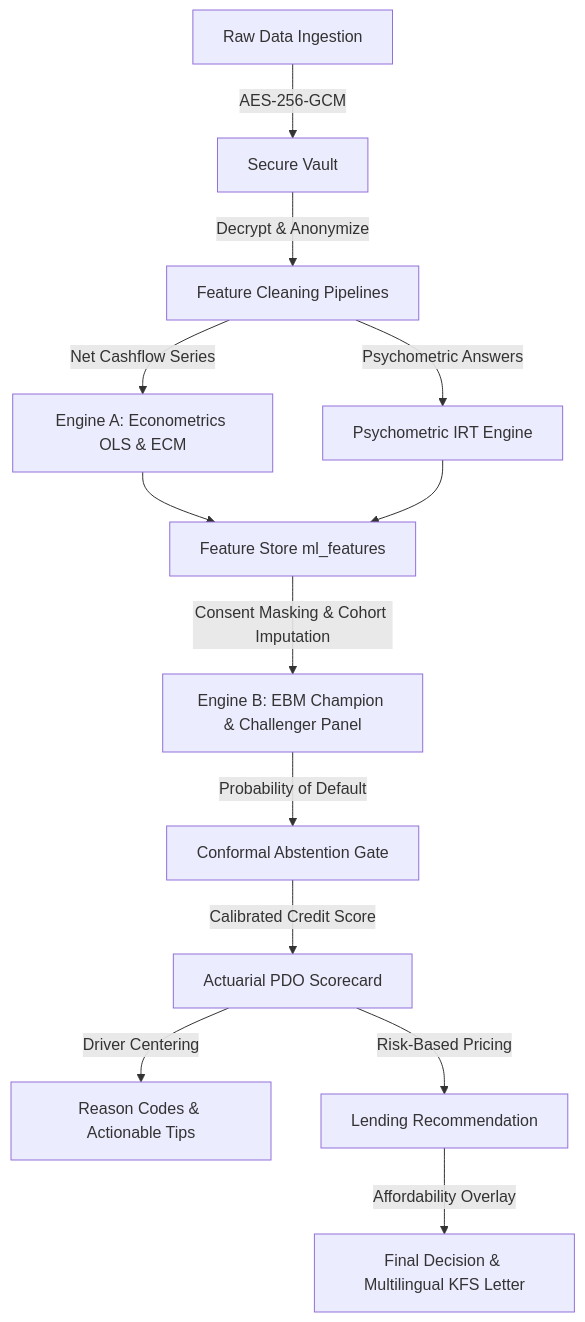
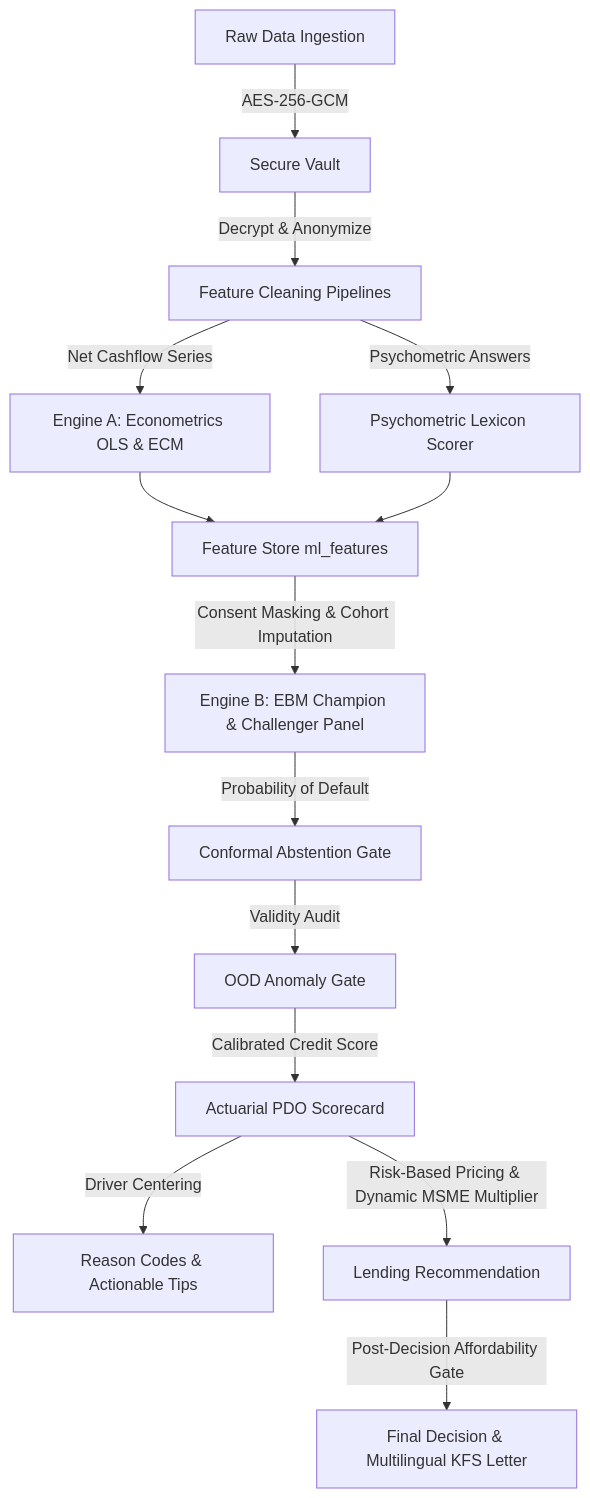
One commit to Sonil15/alt-credit-engine changed the first of 2 diagrams in docs/model_breakdown_a_to_z.md. Above: the diagram before and after it, drawn with Mermaid. The commit also changed other lines of this file and 2 other files, not shown here.

````diff
--- a/docs/model_breakdown_a_to_z.md
+++ b/docs/model_breakdown_a_to_z.md
@@ -17,14 +21,15 @@
 ```mermaid
 graph TD
     A[Raw Data Ingestion] -->|AES-256-GCM| B[Secure Vault]
     B -->|Decrypt & Anonymize| C[Feature Cleaning Pipelines]
     C -->|Net Cashflow Series| D[Engine A: Econometrics OLS & ECM]
-    C -->|Psychometric Answers| E[Psychometric IRT Engine]
+    C -->|Psychometric Answers| E[Psychometric Lexicon Scorer]
     D & E --> F[Feature Store ml_features]
     F -->|Consent Masking & Cohort Imputation| G[Engine B: EBM Champion & Challenger Panel]
     G -->|Probability of Default| H[Conformal Abstention Gate]
-    H -->|Calibrated Credit Score| I[Actuarial PDO Scorecard]
-    I -->|Driver Centering| J[Reason Codes & Actionable Tips]
-    I -->|Risk-Based Pricing| K[Lending Recommendation]
-    K -->|Affordability Overlay| L[Final Decision & Multilingual KFS Letter]
+    H -->|Validity Audit| I[OOD Anomaly Gate]
+    I -->|Calibrated Credit Score| J[Actuarial PDO Scorecard]
+    J -->|Driver Centering| K[Reason Codes & Actionable Tips]
+    J -->|Risk-Based Pricing & Dynamic MSME Multiplier| L[Lending Recommendation]
+    L -->|Post-Decision Affordability Gate| M[Final Decision & Multilingual KFS Letter]
 ```
````
